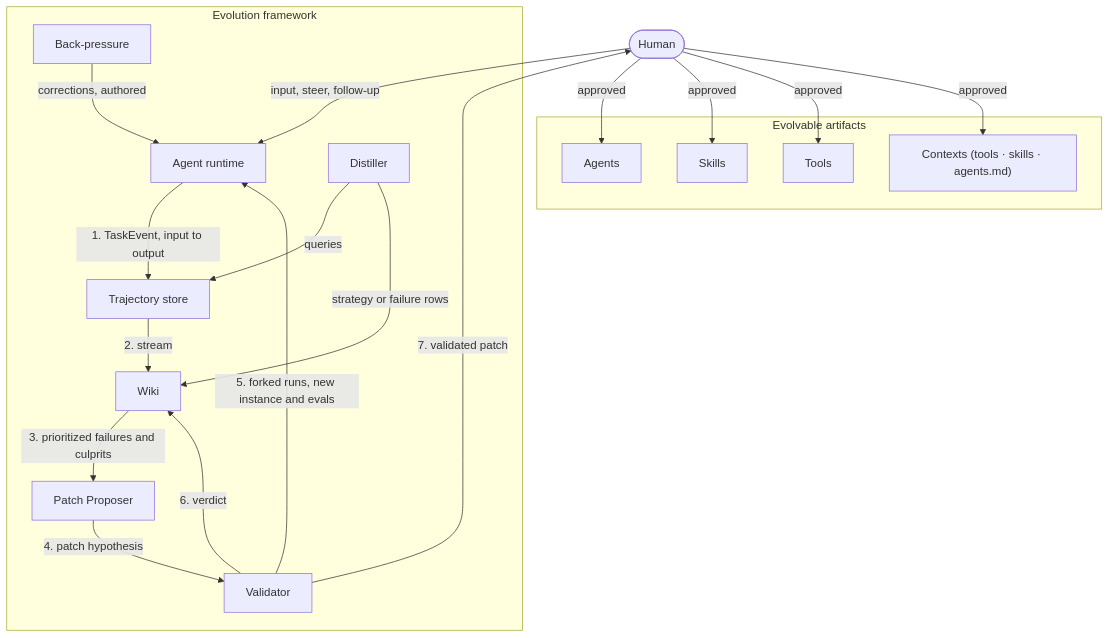
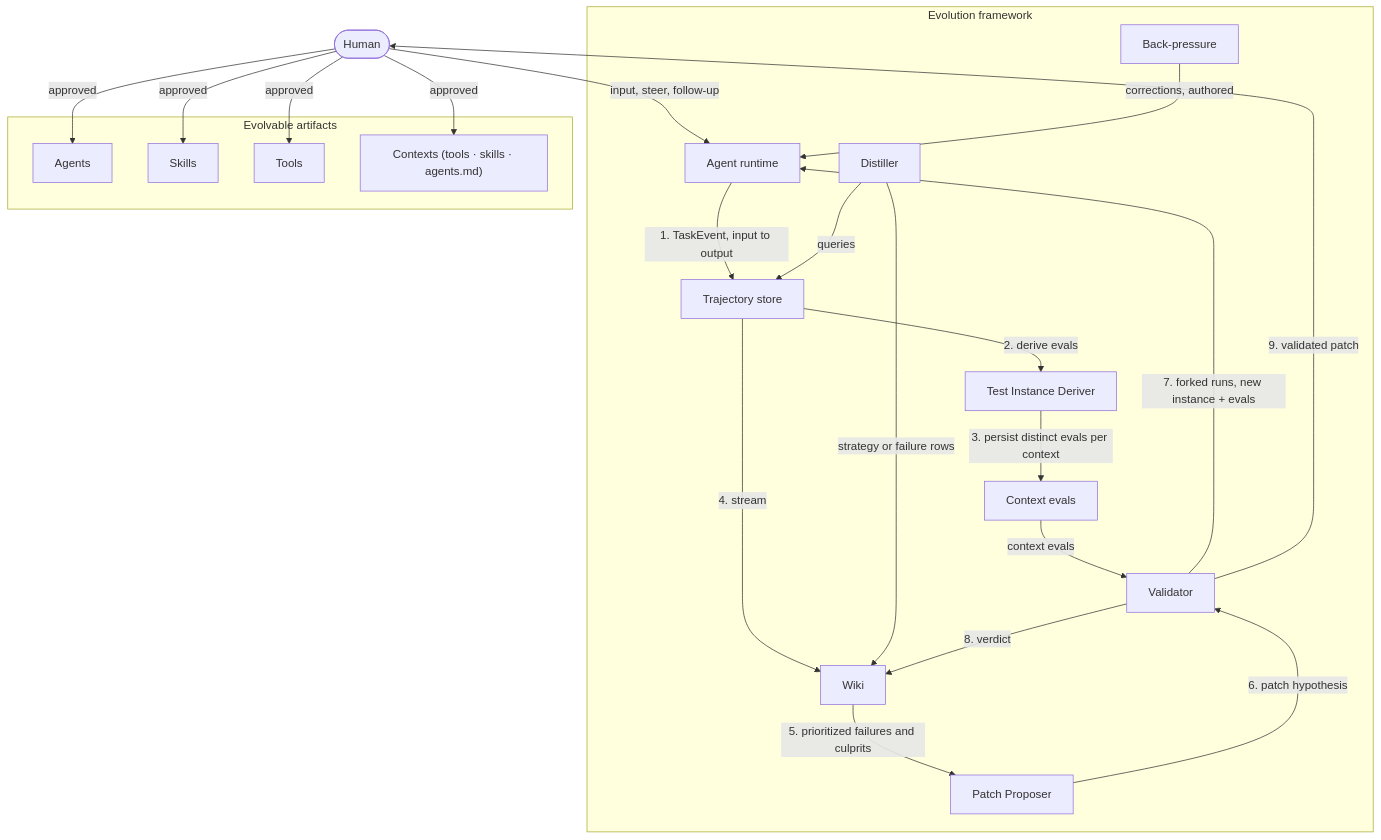
One commit to Ajaya1000/llmx changed the second of 5 diagrams in docs/architecture/evolution-framework.md. Above: the diagram before and after it, drawn with Mermaid. The commit also changed other lines of this file and 73 other files, not shown here.

````diff
--- a/docs/architecture/evolution-framework.md
+++ b/docs/architecture/evolution-framework.md
@@ -48,33 +59,38 @@
 ```mermaid
 flowchart TB
     H(["Human"]) -->|"input, steer, follow-up"| RT
 
     subgraph core["Evolution framework"]
         RT["Agent runtime"]
         TS["Trajectory store"]
         W["Wiki"]
         D["Distiller"]
         BP["Back-pressure"]
+        ED["Test Instance Deriver"]
+        ES["Context evals"]
         PP["Patch Proposer"]
         V["Validator"]
     end
 
     subgraph artifacts["Evolvable artifacts"]
         AG["Agents"]
         SK["Skills"]
         TL["Tools"]
         CX["Contexts (tools · skills · agents.md)"]
     end
 
     RT -->|"1. TaskEvent, input to output"| TS
-    TS -->|"2. stream"| W
+    TS -->|"2. derive evals"| ED
+    ED -->|"3. persist distinct evals per context"| ES
+    TS -->|"4. stream"| W
     BP -->|"corrections, authored"| RT
     D -->|"queries"| TS
     D -->|"strategy or failure rows"| W
-    W -->|"3. prioritized failures and culprits"| PP
-    PP -->|"4. patch hypothesis"| V
-    V -->|"5. forked runs, new instance and evals"| RT
-    V -->|"6. verdict"| W
-    V -->|"7. validated patch"| H
+    W -->|"5. prioritized failures and culprits"| PP
+    PP -->|"6. patch hypothesis"| V
+    ES -->|"context evals"| V
+    V -->|"7. forked runs, new instance + evals"| RT
+    V -->|"8. verdict"| W
+    V -->|"9. validated patch"| H
     H -->|"approved"| AG & SK & TL & CX
 ```
````
